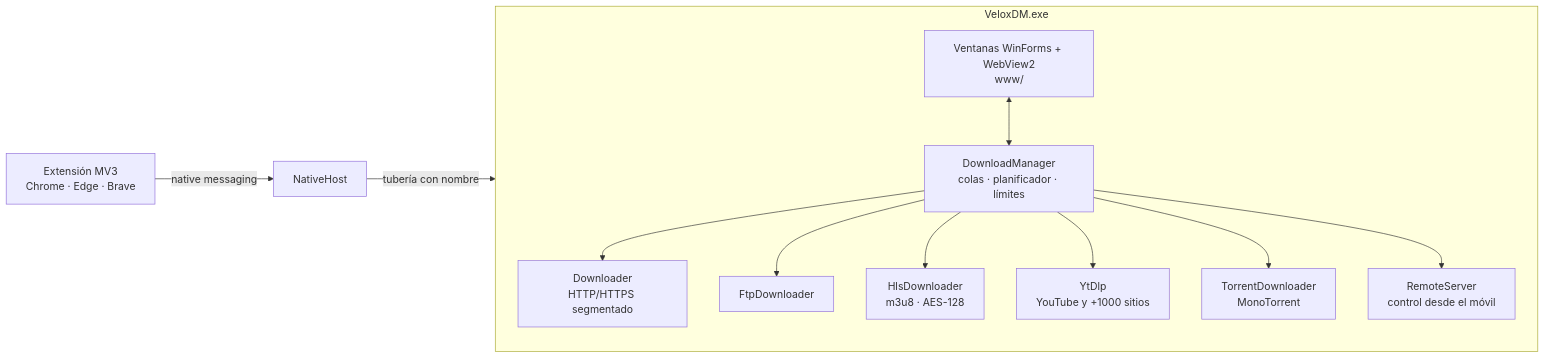
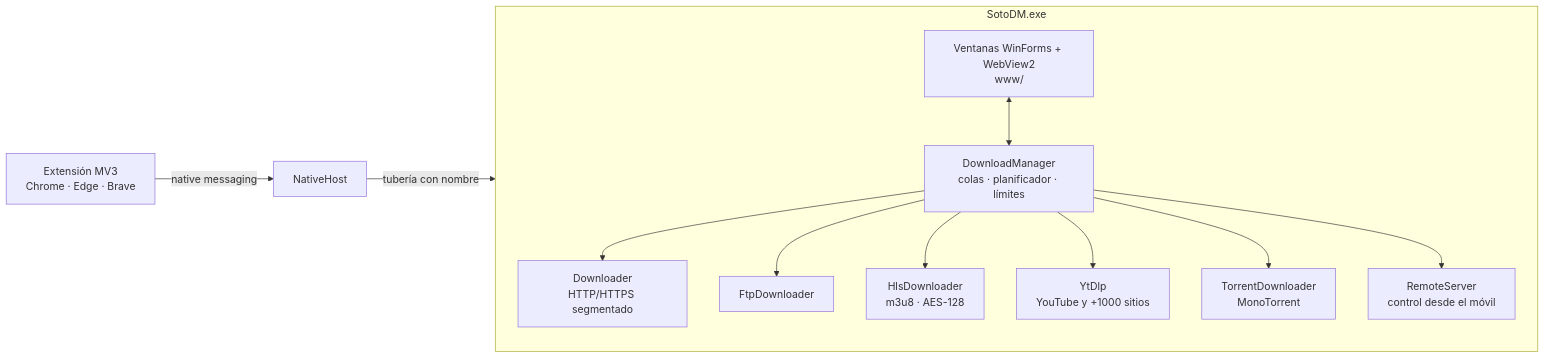
One commit to Softsoto/SotoDM changed the diagram in README.md. Above: the diagram before and after it, drawn with Mermaid. The commit also changed other lines of this file and 15 other files, not shown here.

````diff
--- a/README.md
+++ b/README.md
@@ -120,14 +135,14 @@
 ```mermaid
 flowchart LR
   EXT["Extensión MV3<br/>Chrome · Edge · Brave"] -->|"native messaging"| NH["NativeHost"]
   NH -->|"tubería con nombre"| APP
-  subgraph APP["VeloxDM.exe"]
+  subgraph APP["SotoDM.exe"]
     UI["Ventanas WinForms + WebView2<br/>www/"] <--> DM["DownloadManager<br/>colas · planificador · límites"]
     DM --> HTTP["Downloader<br/>HTTP/HTTPS segmentado"]
     DM --> FTP["FtpDownloader"]
     DM --> HLS["HlsDownloader<br/>m3u8 · AES-128"]
     DM --> YT["YtDlp<br/>YouTube y +1000 sitios"]
     DM --> BT["TorrentDownloader<br/>MonoTorrent"]
     DM --> RS["RemoteServer<br/>control desde el móvil"]
   end
 ```
````
